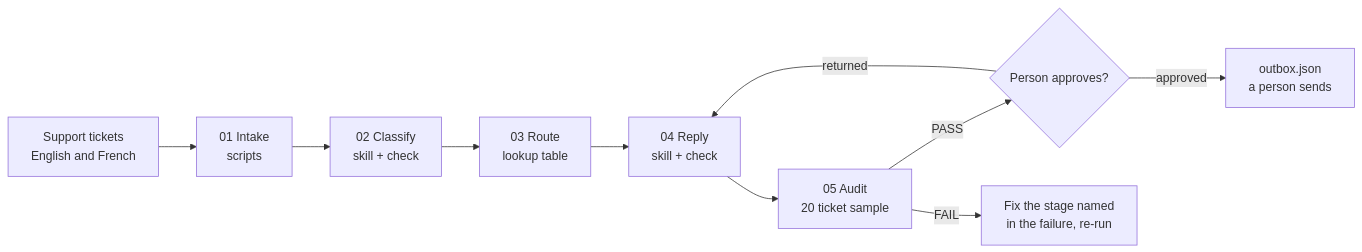
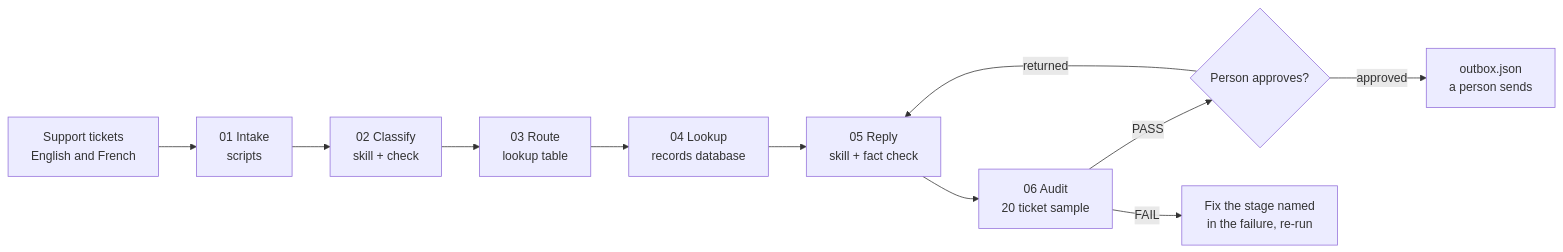
Before and after one commit to josh3311/bilingual-triage-icm: the first of 2 diagrams in docs/README_architecture.md, drawn with Mermaid. The commit also changed other lines of this file and 34 other files, not shown here.

First line of the commit message:
Add records lookup stage and grounded replies

````diff
--- a/docs/README_architecture.md
+++ b/docs/README_architecture.md
@@ -5,12 +5,13 @@
 ```mermaid
 flowchart LR
   A["Support tickets<br/>English and French"] --> B["01 Intake<br/>scripts"]
   B --> C["02 Classify<br/>skill + check"]
   C --> D["03 Route<br/>lookup table"]
-  D --> E["04 Reply<br/>skill + check"]
-  E --> F["05 Audit<br/>20 ticket sample"]
+  D --> L["04 Lookup<br/>records database"]
+  L --> E["05 Reply<br/>skill + fact check"]
+  E --> F["06 Audit<br/>20 ticket sample"]
   F -->|PASS| G{"Person approves?"}
   F -->|FAIL| H["Fix the stage named<br/>in the failure, re-run"]
   G -->|approved| I["outbox.json<br/>a person sends"]
   G -->|returned| E
 ```
````
